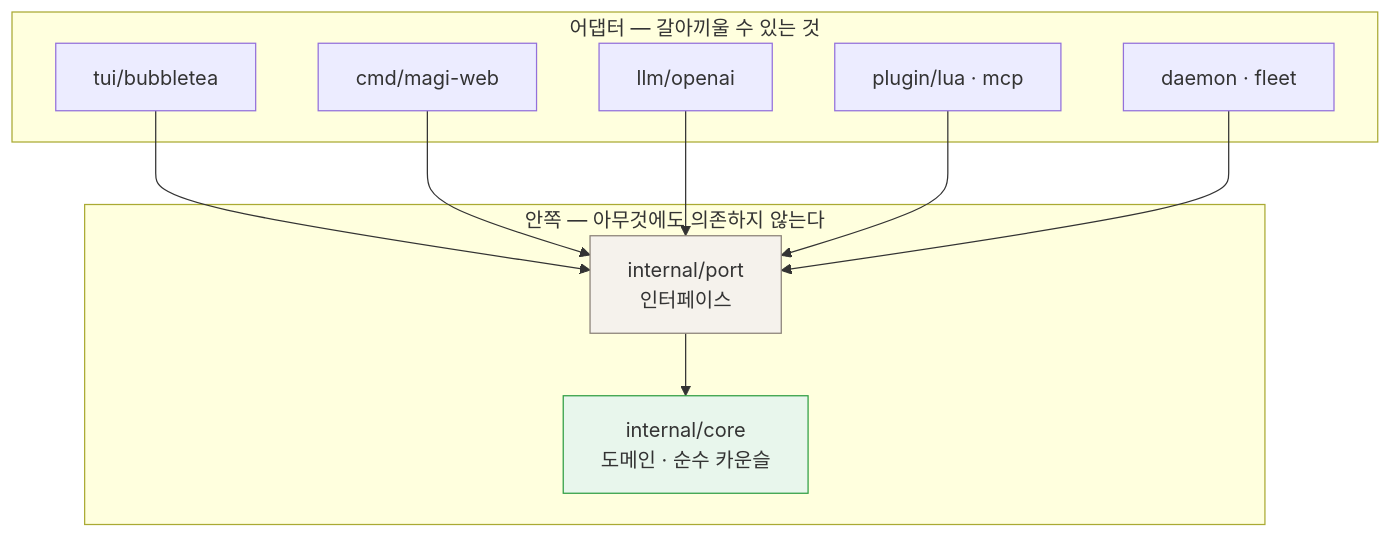
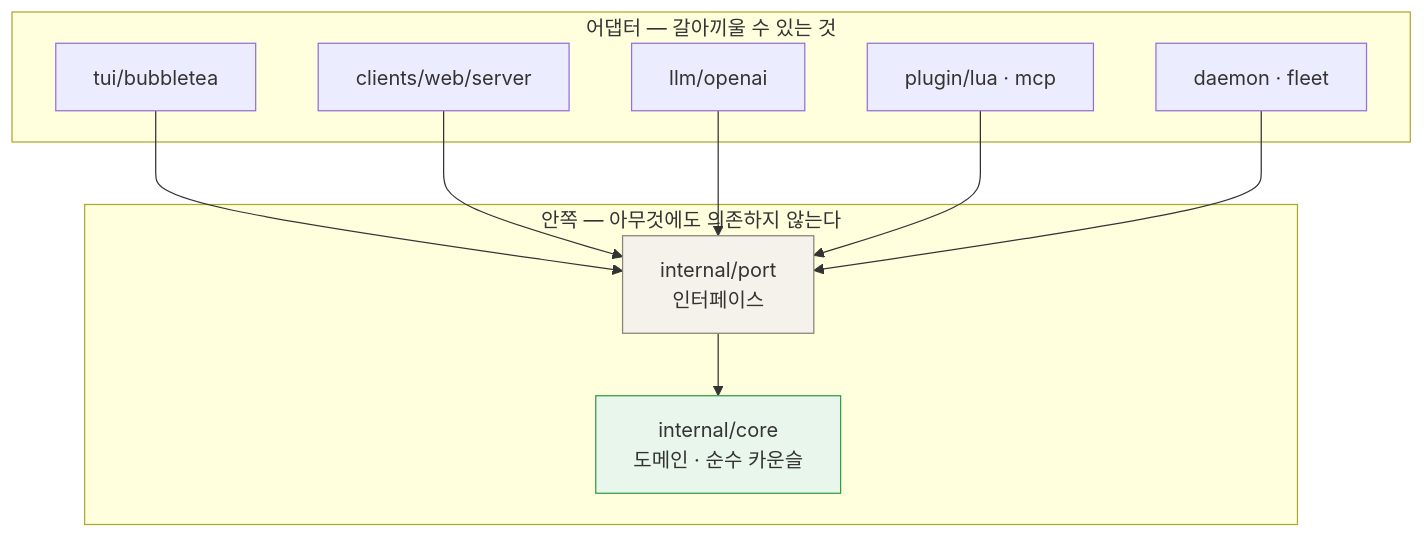
The fifth of 5 diagrams in README.ko.md (sayaya1090/magi), drawn with Mermaid before and after one commit. The commit also changed other lines of this file and 389 other files, not shown here.

First line of the commit message:
web: the console moves in with the other clients

````diff
--- a/README.ko.md
+++ b/README.ko.md
@@ -478,23 +478,23 @@
 ```mermaid
 flowchart TD
     subgraph adapters [어댑터 — 갈아끼울 수 있는 것]
         TUI[tui/bubbletea]
-        WEB[cmd/magi-web]
+        WEB[clients/web/server]
         LLM[llm/openai]
         LUA[plugin/lua · mcp]
         DMN[daemon · fleet]
     end
     subgraph inside [안쪽 — 아무것에도 의존하지 않는다]
         PORT[internal/port<br/>인터페이스]
         CORE[internal/core<br/>도메인 · 순수 카운슬]
     end
     TUI --> PORT
     WEB --> PORT
     LLM --> PORT
     LUA --> PORT
     DMN --> PORT
     PORT --> CORE
 
     style CORE fill:#e8f6ec,stroke:#2f9e44
     style PORT fill:#f5f2ec,stroke:#8a8178
 ```
````
